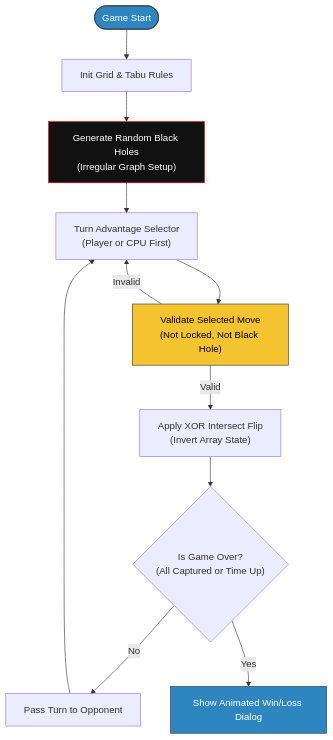
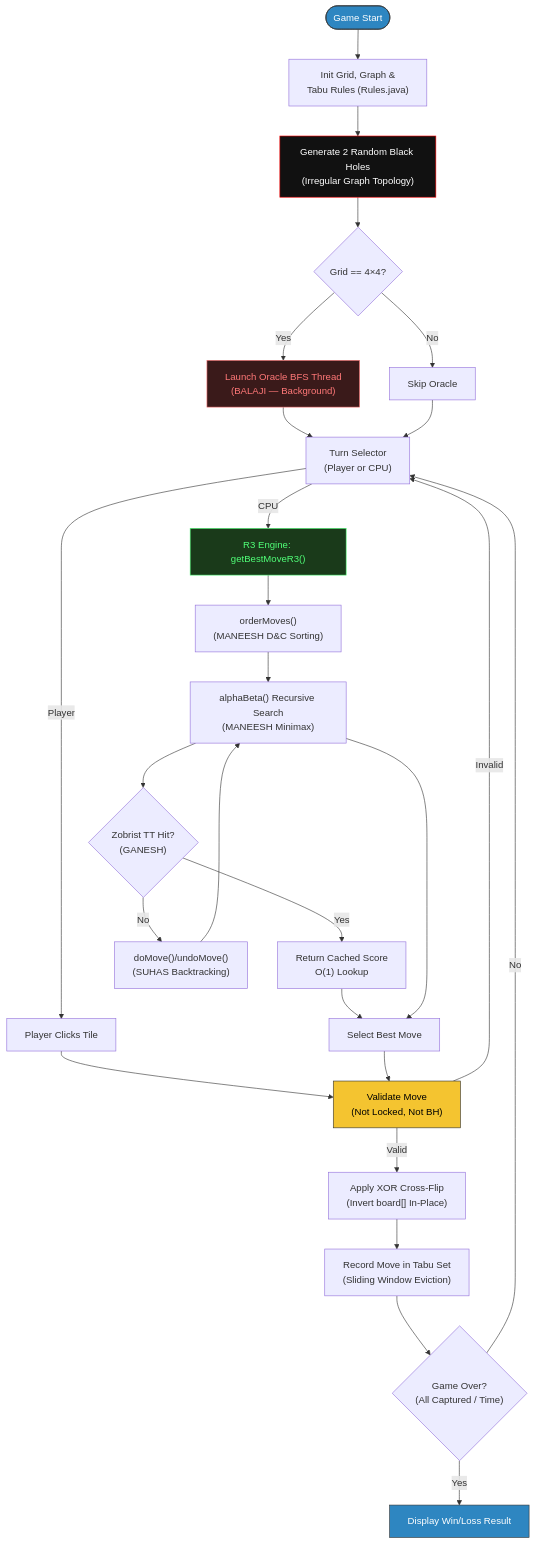
The first of 6 diagrams in game_analysis_r3.md (Ganesh2006646/FLIP), drawn with Mermaid before and after one commit. The commit also changed other lines of this file and 1 other file, not shown here.

Commit message:
Update README and game_analysis_r3 for R3 review

````diff
--- a/game_analysis_r3.md
+++ b/game_analysis_r3.md
@@ -23,18 +40,36 @@
 ```mermaid
 graph TD
-    Start(["Game Start"]) --> Init["Init Grid & Tabu Rules"]
-    Init --> BH["Generate Random Black Holes<br>(Irregular Graph Setup)"]
-    BH --> Turn["Turn Advantage Selector<br>(Player or CPU First)"]
-    Turn --> Val["Validate Selected Move<br>(Not Locked, Not Black Hole)"]
-    Val -->|Valid| Flip["Apply XOR Intersect Flip<br>(Invert Array State)"]
+    Start(["Game Start"]) --> Init["Init Grid, Graph &<br>Tabu Rules (Rules.java)"]
+    Init --> BH["Generate 2 Random Black Holes<br>(Irregular Graph Topology)"]
+    BH --> Oracle{"Grid == 4×4?"}
+    Oracle -->|Yes| BFS["Launch Oracle BFS Thread<br>(BALAJI — Background)"]
+    Oracle -->|No| Skip["Skip Oracle"]
+    BFS --> Turn
+    Skip --> Turn
+    Turn["Turn Selector<br>(Player or CPU)"]
+    Turn -->|Player| PMove["Player Clicks Tile"]
+    Turn -->|CPU| AI["R3 Engine: getBestMoveR3()"]
+    AI --> Order["orderMoves()<br>(MANEESH D&C Sorting)"]
+    Order --> AB["alphaBeta() Recursive Search<br>(MANEESH Minimax)"]
+    AB --> TT{"Zobrist TT Hit?<br>(GANESH)"}
+    TT -->|Yes| Cache["Return Cached Score<br>O(1) Lookup"]
+    TT -->|No| BT["doMove()/undoMove()<br>(SUHAS Backtracking)"]
+    BT --> AB
+    Cache --> Best["Select Best Move"]
+    AB --> Best
+    PMove --> Val["Validate Move<br>(Not Locked, Not BH)"]
+    Best --> Val
     Val -->|Invalid| Turn
-    Flip --> WinCheck{"Is Game Over?<br>(All Captured or Time Up)"}
-    WinCheck -->|No| NextTurn["Pass Turn to Opponent"]
-    NextTurn --> Turn
-    WinCheck -->|Yes| End["Show Animated Win/Loss Dialog"]
+    Val -->|Valid| Flip["Apply XOR Cross-Flip<br>(Invert board[] In-Place)"]
+    Flip --> Tabu["Record Move in Tabu Set<br>(Sliding Window Eviction)"]
+    Tabu --> WinCheck{"Game Over?<br>(All Captured / Time)"}
+    WinCheck -->|No| Turn
+    WinCheck -->|Yes| End["Display Win/Loss Result"]
 
     style Start fill:#2E86C1,stroke:#333,color:#fff
     style End fill:#2E86C1,stroke:#333,color:#fff
     style BH fill:#111,stroke:#f00,color:#fff
     style Val fill:#F4C430,stroke:#333,color:#000
+    style AI fill:#1a3a1a,color:#50FF78,stroke:#50FF78
+    style BFS fill:#3a1a1a,color:#FF7878,stroke:#FF7878
 ```
````
